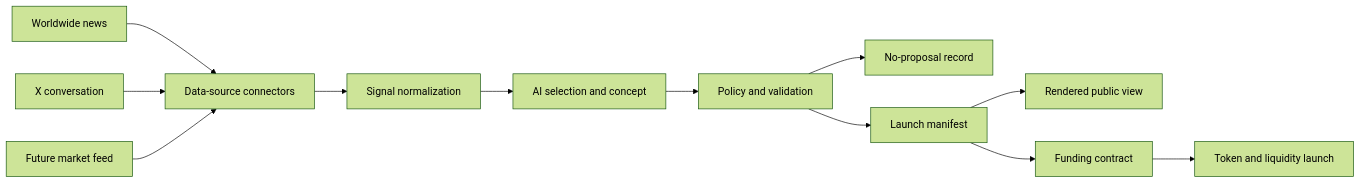
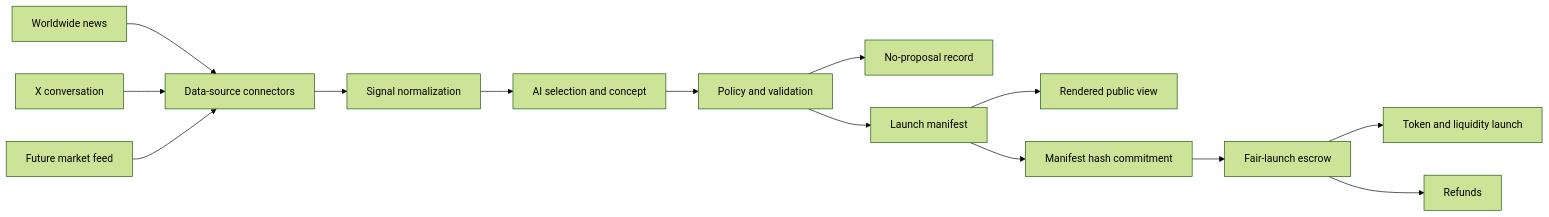
Before and after one commit to MemeToro/memetoro: the diagram in docs/architecture.md, drawn with Mermaid (forest theme). The commit also changed other lines of this file and 15 other files, not shown here.

````diff
--- a/docs/architecture.md
+++ b/docs/architecture.md
@@ -33,14 +45,16 @@
 ```mermaid
 flowchart LR
     A[Worldwide news] --> B[Data-source connectors]
     X[X conversation] --> B
     M[Future market feed] --> B
     B --> C[Signal normalization]
     C --> G[AI selection and concept]
     G --> P[Policy and validation]
     P --> N[No-proposal record]
     P --> D[Launch manifest]
     D --> R[Rendered public view]
-    D --> E[Funding contract]
+    D --> H[Manifest hash commitment]
+    H --> E[Fair-launch escrow]
     E --> F[Token and liquidity launch]
+    E --> Y[Refunds]
 ```
````
